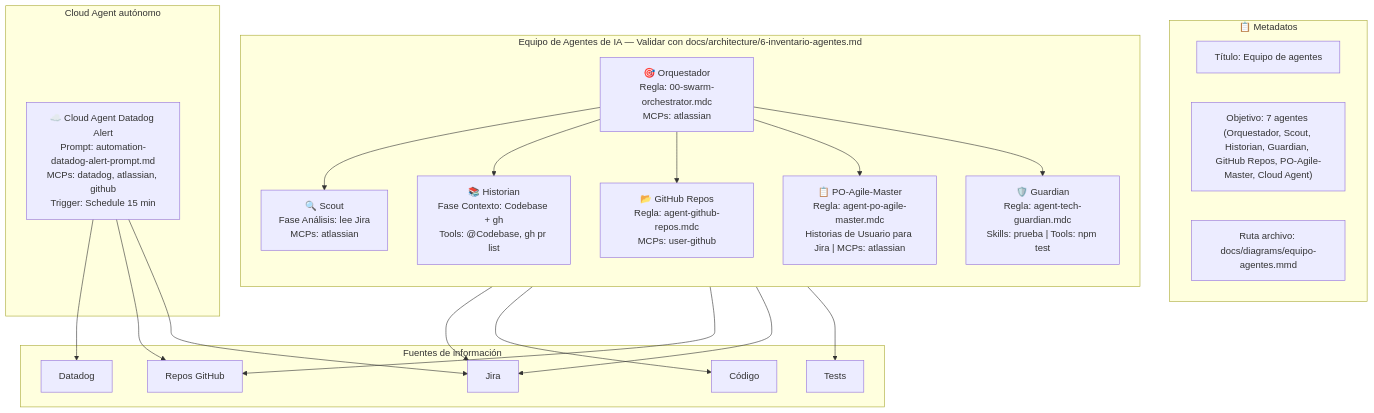
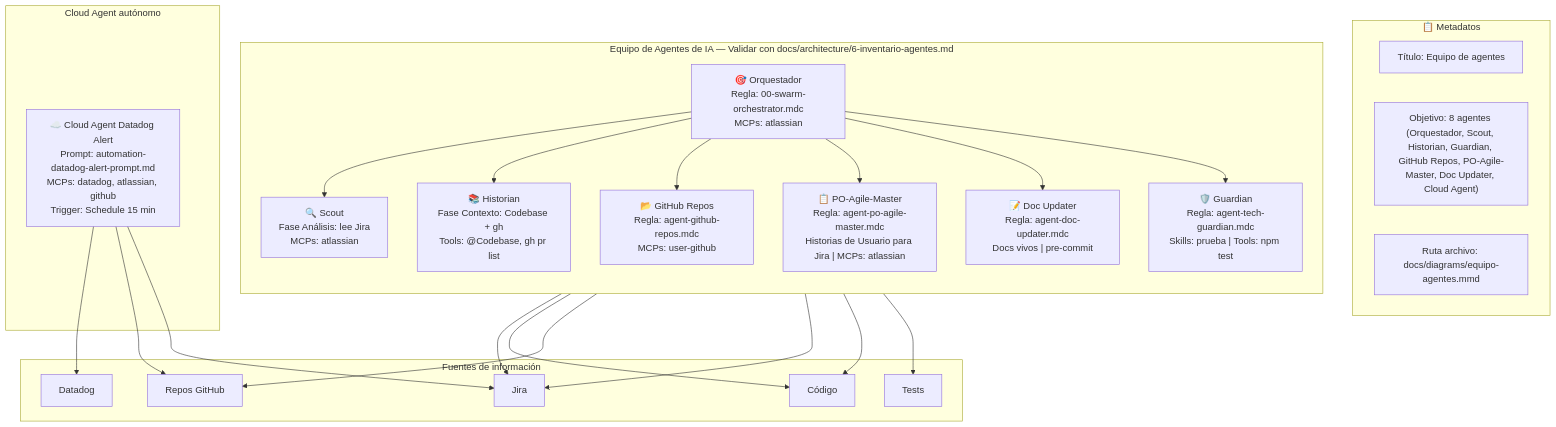
The diagram in docs/diagrams/equipo-agentes.mmd (CARLOSPATINOVELEZ19/prueba-agente-po), drawn with Mermaid before and after one commit. The commit also changed 20 other files, not shown here.

First line of the commit message:
feat: actualizar diagramas y script de regeneración HTML

```diff
--- a/docs/diagrams/equipo-agentes.mmd
+++ b/docs/diagrams/equipo-agentes.mmd
@@ -1,37 +1,39 @@
 flowchart TB
     subgraph metadata ["📋 Metadatos"]
         M1["Título: Equipo de agentes"]
-        M2["Objetivo: 7 agentes (Orquestador, Scout, Historian, Guardian, GitHub Repos, PO-Agile-Master, Cloud Agent)"]
+        M2["Objetivo: 8 agentes (Orquestador, Scout, Historian, Guardian, GitHub Repos, PO-Agile-Master, Doc Updater, Cloud Agent)"]
         M3["Ruta archivo: docs/diagrams/equipo-agentes.mmd"]
     end
 
     subgraph equipo ["Equipo de Agentes de IA — Validar con docs/architecture/6-inventario-agentes.md"]
         direction TB
         O["🎯 Orquestador<br/>Regla: 00-swarm-orchestrator.mdc<br/>MCPs: atlassian"]
         O --> S["🔍 Scout<br/>Fase Análisis: lee Jira<br/>MCPs: atlassian"]
         O --> H["📚 Historian<br/>Fase Contexto: Codebase + gh<br/>Tools: @Codebase, gh pr list"]
         O --> R["📂 GitHub Repos<br/>Regla: agent-github-repos.mdc<br/>MCPs: user-github"]
         O --> P["📋 PO-Agile-Master<br/>Regla: agent-po-agile-master.mdc<br/>Historias de Usuario para Jira | MCPs: atlassian"]
+        O --> D["📝 Doc Updater<br/>Regla: agent-doc-updater.mdc<br/>Docs vivos | pre-commit"]
         O --> G["🛡️ Guardian<br/>Regla: agent-tech-guardian.mdc<br/>Skills: prueba | Tools: npm test"]
     end
 
     subgraph cloud ["Cloud Agent autónomo"]
         CA["☁️ Cloud Agent Datadog Alert<br/>Prompt: automation-datadog-alert-prompt.md<br/>MCPs: datadog, atlassian, github<br/>Trigger: Schedule 15 min"]
     end
 
     subgraph fuentes ["Fuentes de información"]
         J[Jira]
         C[Código]
         GH[Repos GitHub]
         T[Tests]
         DD[Datadog]
     end
 
     S --> J
     H --> C
     R --> GH
     P --> J
+    D --> C
     G --> T
     CA --> DD
     CA --> GH
     CA --> J
```
